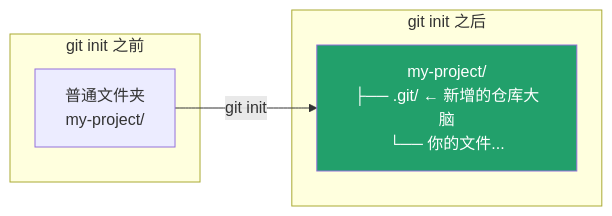
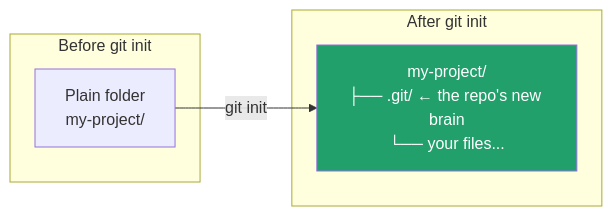
Before and after one commit to kelvinlee97/engineering: the diagram in Git/init/README.md, drawn with Mermaid. The commit also changed other lines of this file and 16 other files, not shown here.

First line of the commit message:
fix: conform Git tutorial to bilingual + Mermaid accessibility contract

````diff
--- a/Git/init/README.md
+++ b/Git/init/README.md
@@ -9,12 +11,14 @@
 ```mermaid
 flowchart LR
-    subgraph Before["git init 之前"]
-        A1[普通文件夹<br/>my-project/]
+    accTitle: The directory before and after git init
+    accDescr: Before running git init the directory is a plain folder. After running it, a hidden .git subdirectory appears, holding the repository's entire history and configuration.
+    subgraph Before["Before git init"]
+        A1[Plain folder<br/>my-project/]
     end
-    subgraph After["git init 之后"]
-        A2[my-project/<br/>├── .git/ ← 新增的仓库大脑<br/>└── 你的文件...]
+    subgraph After["After git init"]
+        A2[my-project/<br/>├── .git/ ← the repo's new brain<br/>└── your files...]
     end
     A1 -- "git init" --> A2
 
     style A2 fill:#22a06b,color:#fff
 ```
````
